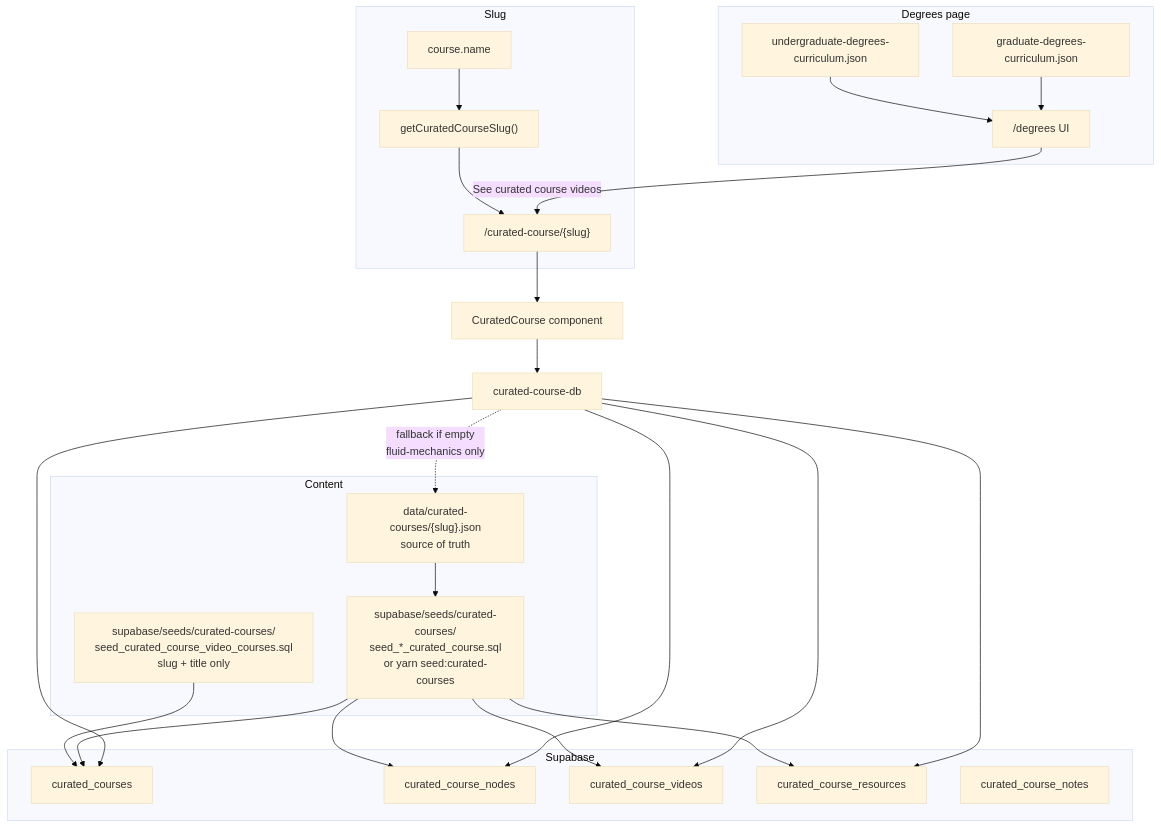
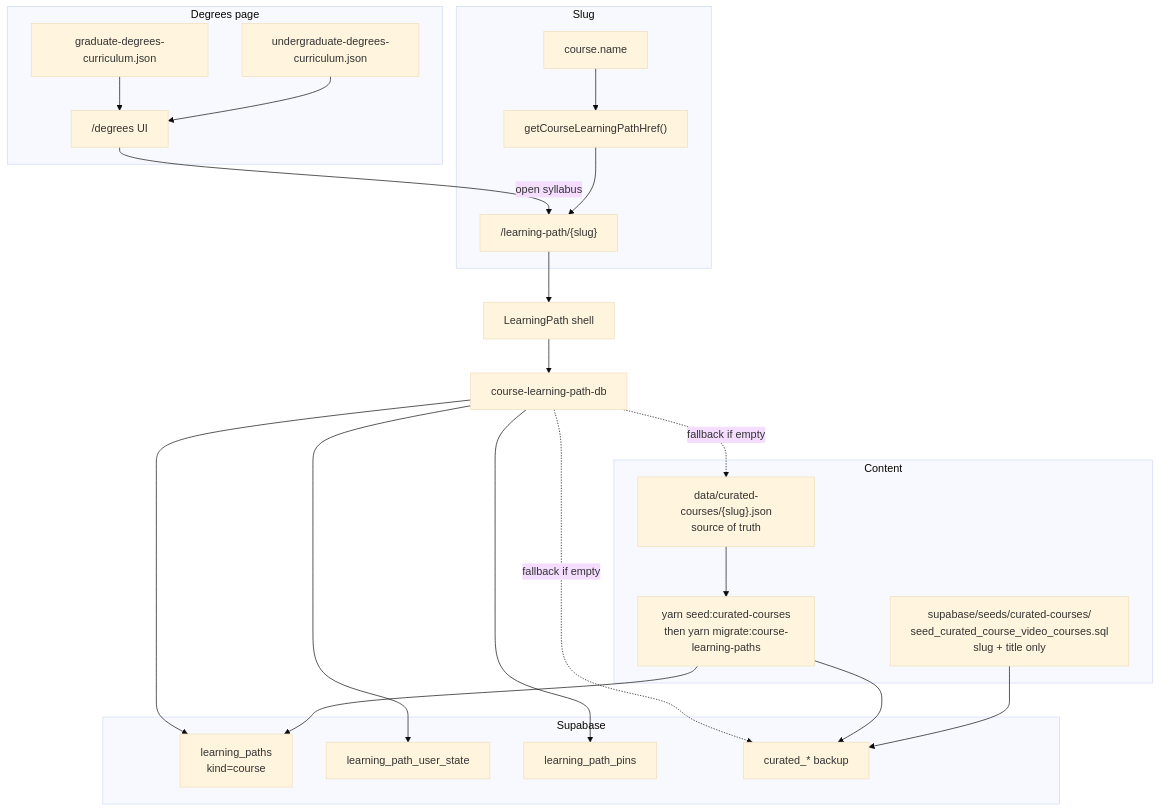
One commit to coursetexts/notion-site changed the first of 2 diagrams in docs/curated-courses.md. Above: the diagram before and after it, drawn with Mermaid (base theme). The commit also changed other lines of this file and 80 other files, not shown here.

Commit message:
changes to the homepage explainer and community explainer, everything is now a learning path

````diff
--- a/docs/curated-courses.md
+++ b/docs/curated-courses.md
@@ -7,48 +14,45 @@
 ```mermaid
 flowchart TB
   subgraph Degrees["Degrees page"]
     UG["undergraduate-degrees-curriculum.json"]
     Grad["graduate-degrees-curriculum.json"]
     UI["/degrees UI"]
     UG --> UI
     Grad --> UI
   end
 
   subgraph Slug["Slug"]
     Name["course.name"]
-    Fn["getCuratedCourseSlug()"]
-    Path["/curated-course/{slug}"]
+    Fn["getCourseLearningPathHref()"]
+    Path["/learning-path/{slug}"]
     Name --> Fn --> Path
   end
 
-  UI -->|"See curated course videos"| Path
+  UI -->|"open syllabus"| Path
 
   subgraph Data["Content"]
     JSON["data/curated-courses/{slug}.json<br/>source of truth"]
     Catalog["supabase/seeds/curated-courses/<br/>seed_curated_course_video_courses.sql<br/>slug + title only"]
-    Full["supabase/seeds/curated-courses/<br/>seed_*_curated_course.sql<br/>or yarn seed:curated-courses"]
+    Full["yarn seed:curated-courses<br/>then yarn migrate:course-learning-paths"]
   end
 
   subgraph DB["Supabase"]
-    CVC["curated_courses"]
-    Nodes["curated_course_nodes"]
-    Vids["curated_course_videos"]
-    Res["curated_course_resources"]
-    Notes["curated_course_notes"]
+    LP["learning_paths<br/>kind=course"]
+    State["learning_path_user_state"]
+    Pins["learning_path_pins"]
+    Backup["curated_* backup"]
   end
 
-  Catalog --> CVC
+  Catalog --> Backup
   JSON --> Full
-  Full --> CVC
-  Full --> Nodes
-  Full --> Vids
-  Full --> Res
+  Full --> Backup
+  Full --> LP
 
-  Path --> Page["CuratedCourse component"]
-  Page --> Load["curated-course-db"]
-  Load --> CVC
-  Load --> Nodes
-  Load --> Vids
-  Load --> Res
-  Load -.->|"fallback if empty<br/>fluid-mechanics only"| JSON
+  Path --> Page["LearningPath shell"]
+  Page --> Load["course-learning-path-db"]
+  Load --> LP
+  Load --> State
+  Load --> Pins
+  Load -.->|"fallback if empty"| Backup
+  Load -.->|"fallback if empty"| JSON
 ```
````
